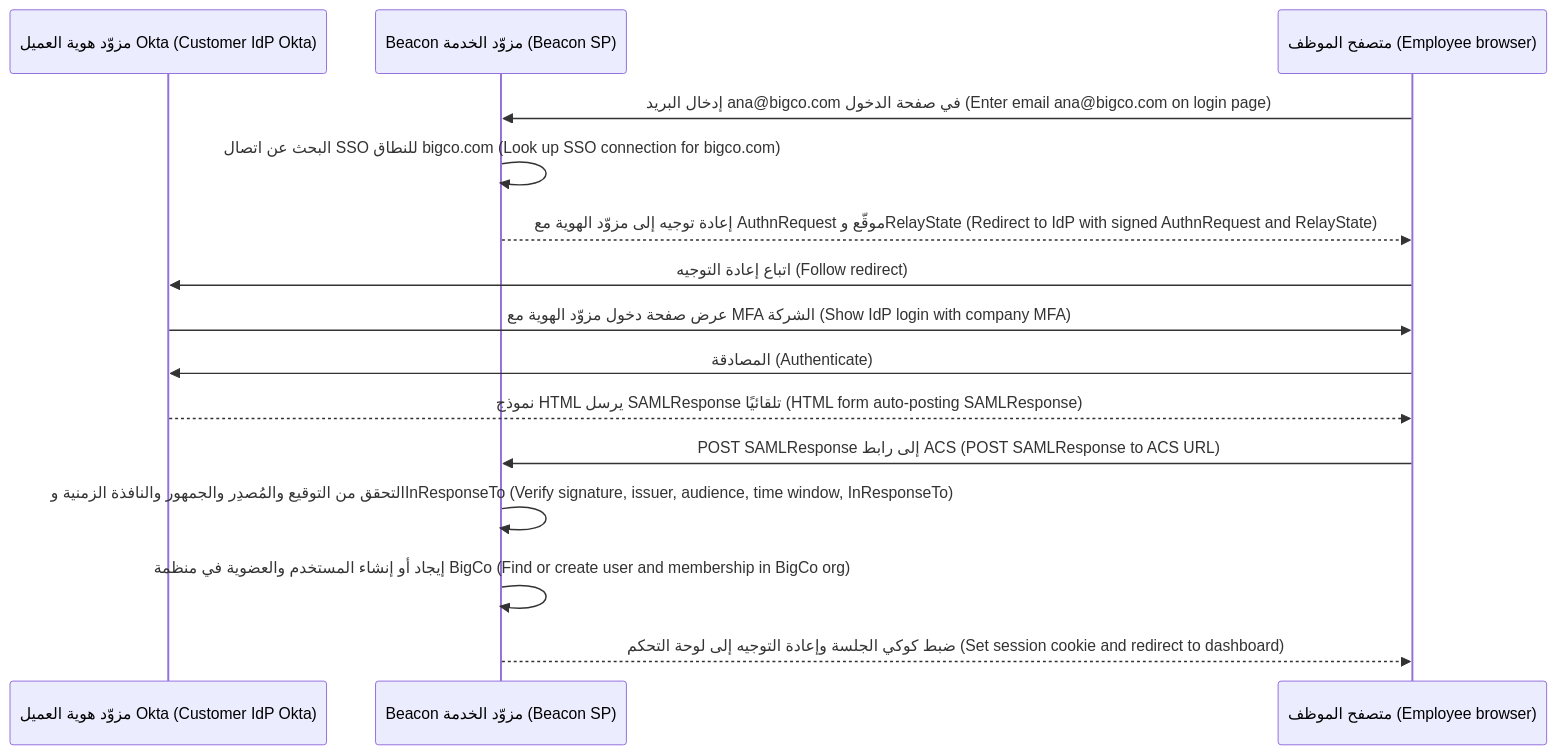
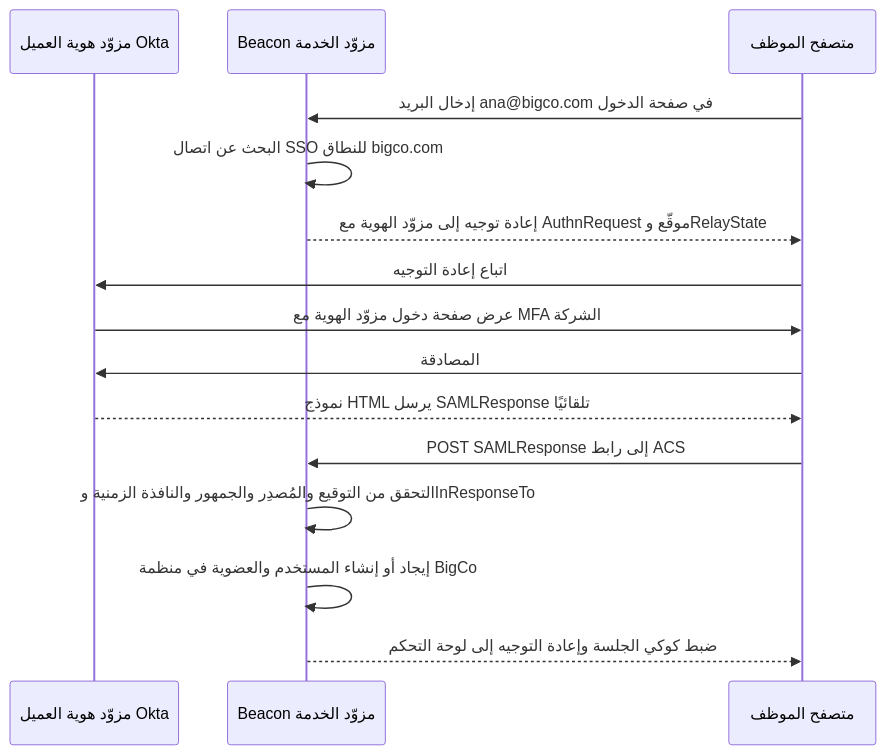
Before and after one commit to Tamoura/system-design-for-vibe-coders: the fifth of 5 diagrams in saas/modules/01-identity-access.ar.md, drawn with Mermaid. The commit also changed other lines of this file and 551 other files, not shown here.

````diff
--- a/saas/modules/01-identity-access.ar.md
+++ b/saas/modules/01-identity-access.ar.md
@@ -950,17 +953,17 @@
 ```mermaid
 sequenceDiagram
-    participant I as مزوّد هوية العميل Okta (Customer IdP Okta)
-    participant B as Beacon مزوّد الخدمة (Beacon SP)
-    participant U as متصفح الموظف (Employee browser)
-    U->>B: إدخال البريد ana@bigco.com في صفحة الدخول (Enter email ana@bigco.com on login page)
-    B->>B: البحث عن اتصال SSO للنطاق bigco.com (Look up SSO connection for bigco.com)
-    B-->>U: إعادة توجيه إلى مزوّد الهوية مع AuthnRequest موقّع وRelayState (Redirect to IdP with signed AuthnRequest and RelayState)
-    U->>I: اتباع إعادة التوجيه (Follow redirect)
-    I->>U: عرض صفحة دخول مزوّد الهوية مع MFA الشركة (Show IdP login with company MFA)
-    U->>I: المصادقة (Authenticate)
-    I-->>U: نموذج HTML يرسل SAMLResponse تلقائيًا (HTML form auto-posting SAMLResponse)
-    U->>B: POST SAMLResponse إلى رابط ACS (POST SAMLResponse to ACS URL)
-    B->>B: التحقق من التوقيع والمُصدِر والجمهور والنافذة الزمنية وInResponseTo (Verify signature, issuer, audience, time window, InResponseTo)
-    B->>B: إيجاد أو إنشاء المستخدم والعضوية في منظمة BigCo (Find or create user and membership in BigCo org)
-    B-->>U: ضبط كوكي الجلسة وإعادة التوجيه إلى لوحة التحكم (Set session cookie and redirect to dashboard)
+    participant I as مزوّد هوية العميل Okta
+    participant B as Beacon مزوّد الخدمة
+    participant U as متصفح الموظف
+    U->>B: إدخال البريد ana@bigco.com في صفحة الدخول
+    B->>B: البحث عن اتصال SSO للنطاق bigco.com
+    B-->>U: إعادة توجيه إلى مزوّد الهوية مع AuthnRequest موقّع وRelayState
+    U->>I: اتباع إعادة التوجيه
+    I->>U: عرض صفحة دخول مزوّد الهوية مع MFA الشركة
+    U->>I: المصادقة
+    I-->>U: نموذج HTML يرسل SAMLResponse تلقائيًا
+    U->>B: POST SAMLResponse إلى رابط ACS
+    B->>B: التحقق من التوقيع والمُصدِر والجمهور والنافذة الزمنية وInResponseTo
+    B->>B: إيجاد أو إنشاء المستخدم والعضوية في منظمة BigCo
+    B-->>U: ضبط كوكي الجلسة وإعادة التوجيه إلى لوحة التحكم
 ```
````
